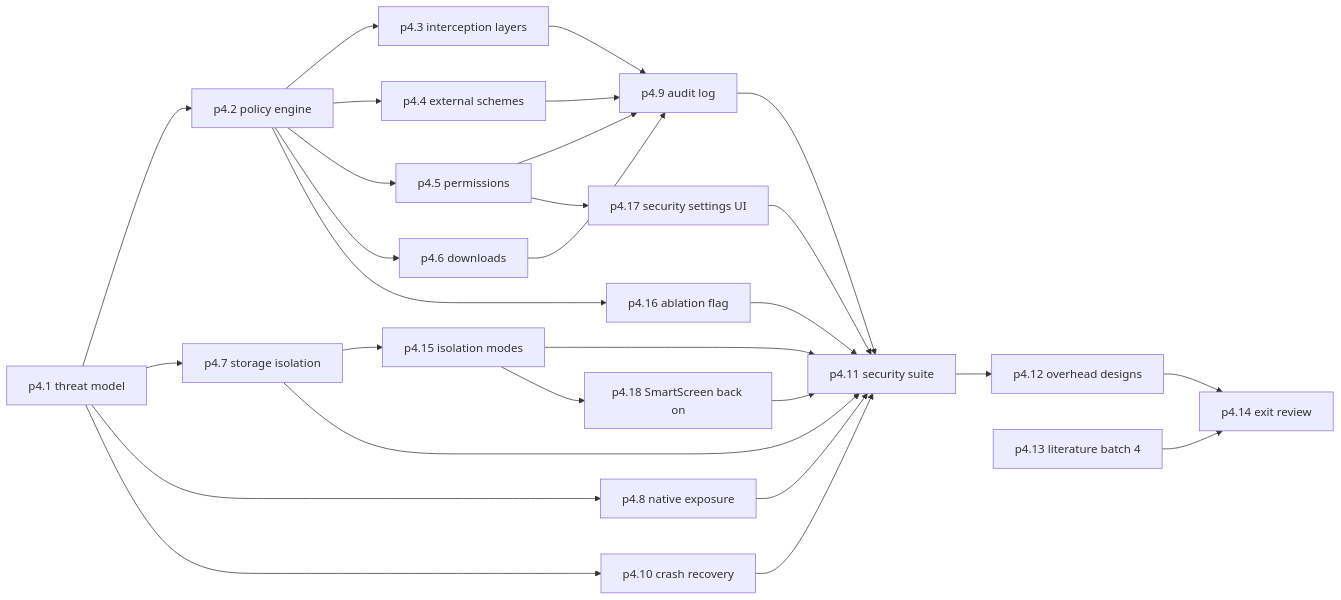
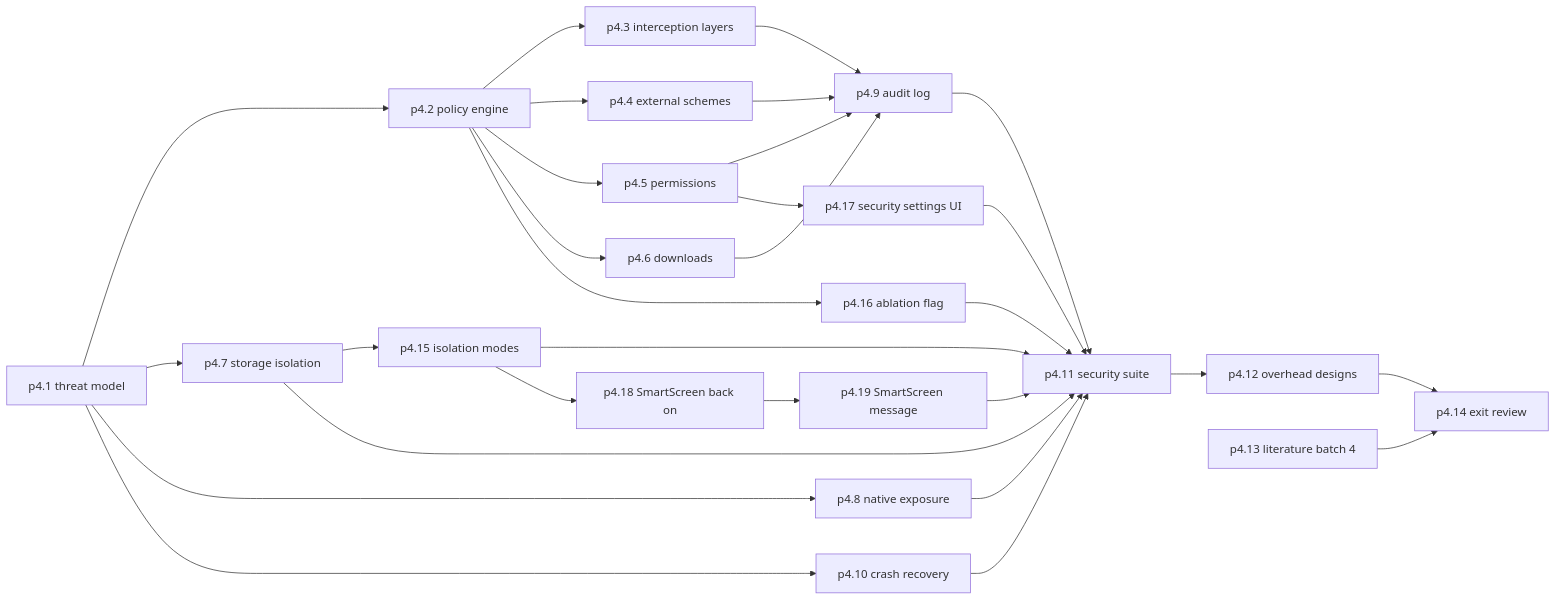
One commit to VarunOjha/nurav-ferrum changed the diagram in wiki/phases/phase-p4-security.md. Above: the diagram before and after it, drawn with Mermaid. The commit also changed other lines of this file and 13 other files, not shown here.

````diff
--- a/wiki/phases/phase-p4-security.md
+++ b/wiki/phases/phase-p4-security.md
@@ -175,30 +183,31 @@
 ```mermaid
 flowchart LR
   p4_1["p4.1 threat model"] --> p4_2["p4.2 policy engine"]
   p4_2 --> p4_3["p4.3 interception layers"]
   p4_2 --> p4_4["p4.4 external schemes"]
   p4_2 --> p4_5["p4.5 permissions"]
   p4_2 --> p4_6["p4.6 downloads"]
   p4_1 --> p4_7["p4.7 storage isolation"]
   p4_1 --> p4_8["p4.8 native exposure"]
   p4_3 --> p4_9["p4.9 audit log"]
   p4_4 --> p4_9
   p4_5 --> p4_9
   p4_6 --> p4_9
   p4_1 --> p4_10["p4.10 crash recovery"]
   p4_7 --> p4_15["p4.15 isolation modes"]
   p4_2 --> p4_16["p4.16 ablation flag"]
   p4_5 --> p4_17["p4.17 security settings UI"]
   p4_15 --> p4_11
   p4_16 --> p4_11
   p4_17 --> p4_11
   p4_15 --> p4_18["p4.18 SmartScreen back on"]
-  p4_18 --> p4_11
+  p4_18 --> p4_19["p4.19 SmartScreen message"]
+  p4_19 --> p4_11
   p4_7 --> p4_11["p4.11 security suite"]
   p4_8 --> p4_11
   p4_9 --> p4_11
   p4_10 --> p4_11
   p4_11 --> p4_12["p4.12 overhead designs"]
   p4_12 --> p4_14["p4.14 exit review"]
   p4_13["p4.13 literature batch 4"] --> p4_14
 ```
````
